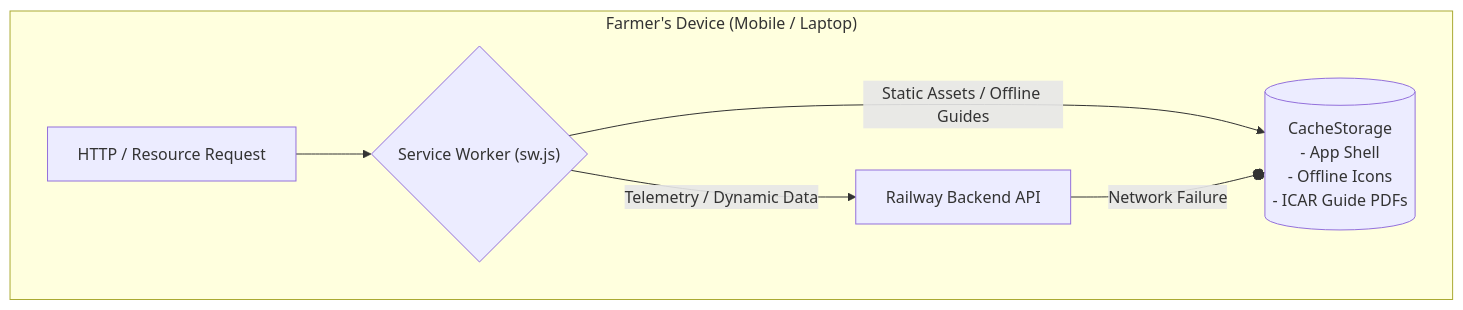
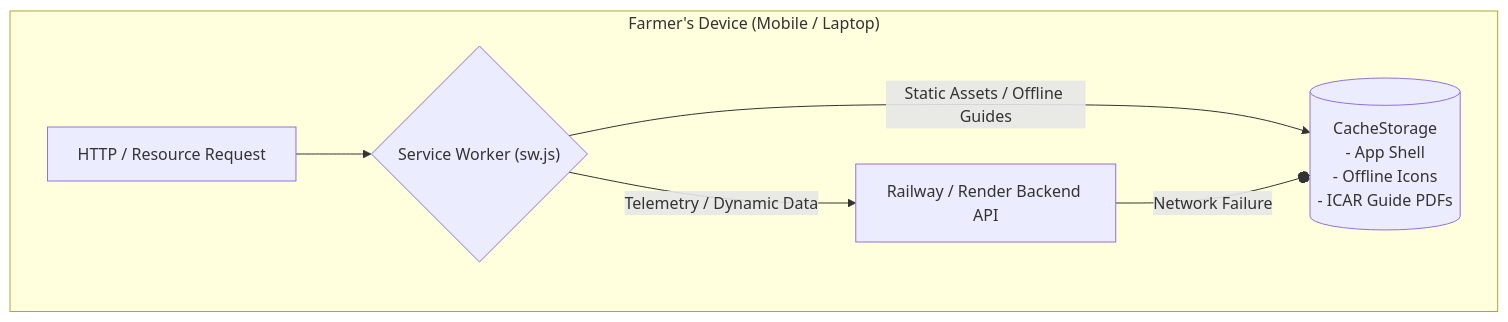
The fourth of 4 diagrams in docs/SYSTEM_ARCHITECTURE.md (Mohitkumar7295/Agri-Farm-Assistant), drawn with Mermaid before and after one commit. The commit also changed other lines of this file and 7 other files, not shown here.

Commit message:
docs: align architecture on Supabase + 100% Java Spring AI RAG, add AGENTS.md and ROADMAP.md

````diff
--- a/docs/SYSTEM_ARCHITECTURE.md
+++ b/docs/SYSTEM_ARCHITECTURE.md
@@ -250,14 +263,14 @@
 ```mermaid
 flowchart TD
     subgraph Browser["Farmer's Device (Mobile / Laptop)"]
         Req["HTTP / Resource Request"]
         SW{"Service Worker (sw.js)"}
         Cache[("CacheStorage\n- App Shell\n- Offline Icons\n- ICAR Guide PDFs")]
-        Network["Railway Backend API"]
+        Network["Railway / Render Backend API"]
     end
 
     Req --> SW
     SW -->|Static Assets / Offline Guides| Cache
     SW -->|Telemetry / Dynamic Data| Network
     Network --o|Network Failure| Cache
 ```
````
